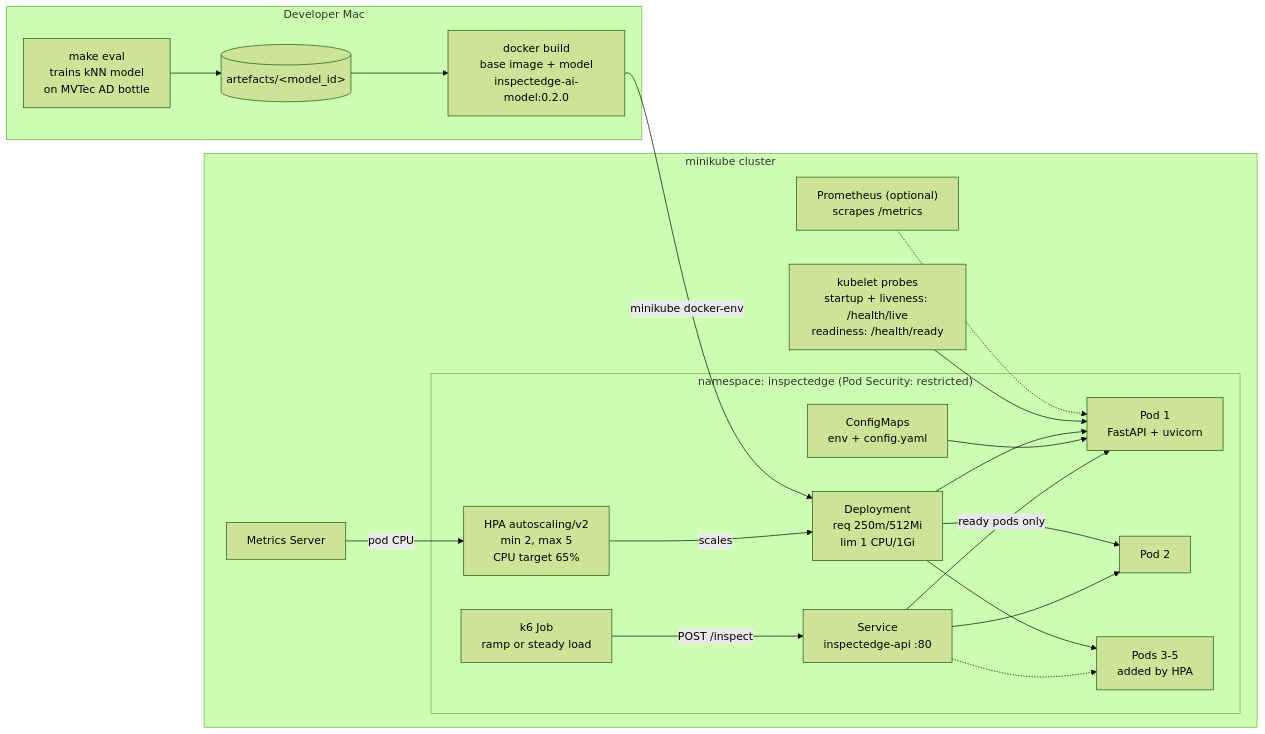
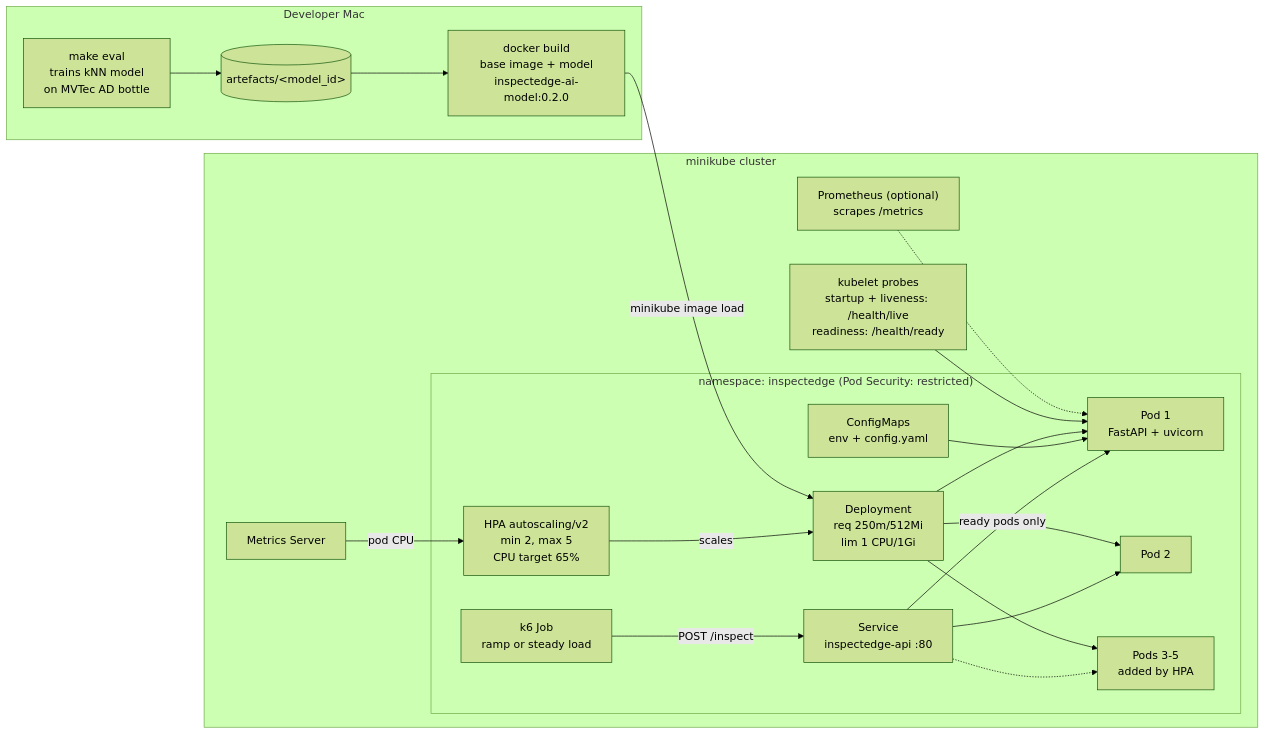
Before and after one commit to Amish23102006/inspectedge-ai: the diagram in docs/k8s-architecture.mmd, drawn with Mermaid (forest theme). The commit also changed 4 other files, not shown here.

First line of the commit message:
Build images with local Docker and load into minikube; retry slow pip downloads

```diff
--- a/docs/k8s-architecture.mmd
+++ b/docs/k8s-architecture.mmd
@@ -1,20 +1,20 @@
 flowchart LR
     subgraph mac["Developer Mac"]
       ev["make eval<br/>trains kNN model<br/>on MVTec AD bottle"] --> art[("artefacts/&lt;model_id&gt;")]
       art --> img["docker build<br/>base image + model<br/>inspectedge-ai-model:0.2.0"]
     end
     subgraph mk["minikube cluster"]
       subgraph ns["namespace: inspectedge (Pod Security: restricted)"]
         k6["k6 Job<br/>ramp or steady load"] -->|POST /inspect| svc["Service<br/>inspectedge-api :80"]
         svc -->|ready pods only| p1["Pod 1<br/>FastAPI + uvicorn"]
         svc --> p2["Pod 2"]
         svc -.-> pn["Pods 3-5<br/>added by HPA"]
         cm["ConfigMaps<br/>env + config.yaml"] --> p1
         hpa["HPA autoscaling/v2<br/>min 2, max 5<br/>CPU target 65%"] -->|scales| dep["Deployment<br/>req 250m/512Mi<br/>lim 1 CPU/1Gi"]
         dep --> p1 & p2 & pn
       end
       ms["Metrics Server"] -->|pod CPU| hpa
       kl["kubelet probes<br/>startup + liveness: /health/live<br/>readiness: /health/ready"] --> p1
       prom["Prometheus (optional)<br/>scrapes /metrics"] -.-> p1
     end
-    img -->|minikube docker-env| dep
+    img -->|minikube image load| dep
```
